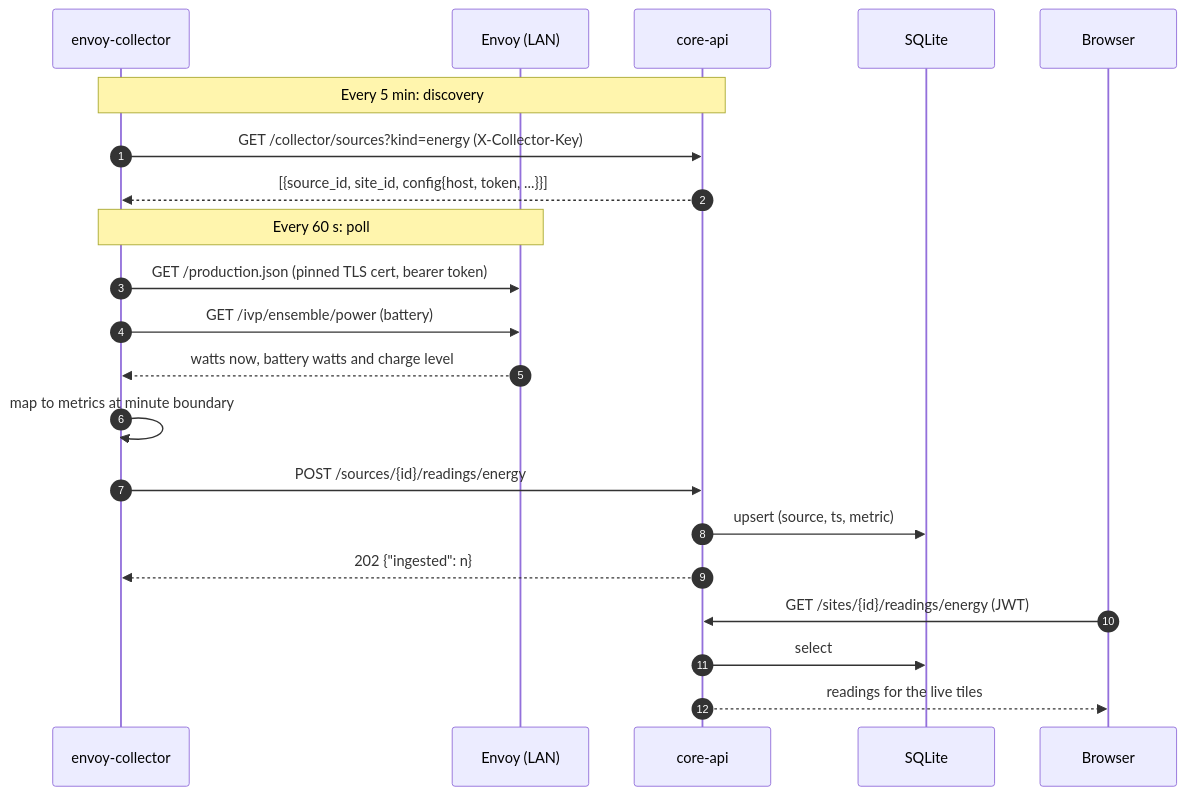
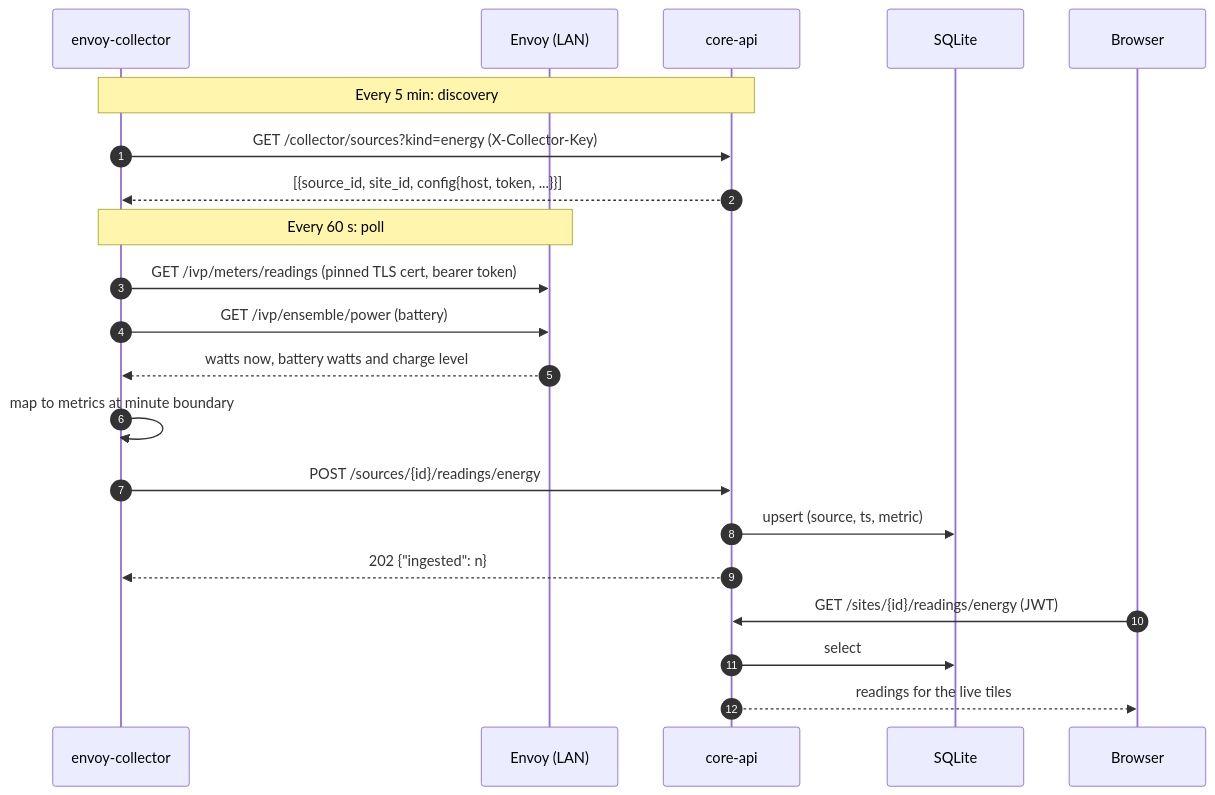
One commit to sschwetz/wattwise changed the first of 7 diagrams in docs/how-it-works.md. Above: the diagram before and after it, drawn with Mermaid. The commit also changed 9 other files, not shown here.

First line of the commit message:
fix(envoy-collector): poll power from /ivp/meters/readings

````diff
--- a/docs/how-it-works.md
+++ b/docs/how-it-works.md
@@ -9,26 +9,26 @@
 ```mermaid
 sequenceDiagram
     autonumber
     participant EC as envoy-collector
     participant ENV as Envoy (LAN)
     participant API as core-api
     participant DB as SQLite
     participant UI as Browser
 
     Note over EC,API: Every 5 min: discovery
     EC->>API: GET /collector/sources?kind=energy (X-Collector-Key)
     API-->>EC: [{source_id, site_id, config{host, token, ...}}]
 
     Note over EC,ENV: Every 60 s: poll
-    EC->>ENV: GET /production.json (pinned TLS cert, bearer token)
+    EC->>ENV: GET /ivp/meters/readings (pinned TLS cert, bearer token)
     EC->>ENV: GET /ivp/ensemble/power (battery)
     ENV-->>EC: watts now, battery watts and charge level
     EC->>EC: map to metrics at minute boundary
     EC->>API: POST /sources/{id}/readings/energy
     API->>DB: upsert (source, ts, metric)
     API-->>EC: 202 {"ingested": n}
 
     UI->>API: GET /sites/{id}/readings/energy (JWT)
     API->>DB: select
     API-->>UI: readings for the live tiles
 ```
````
